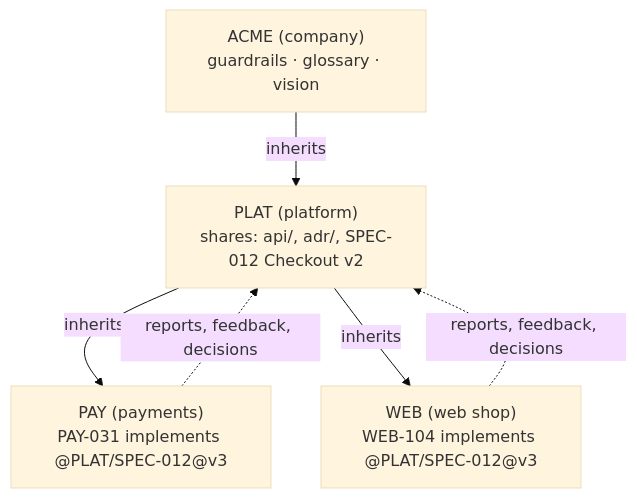
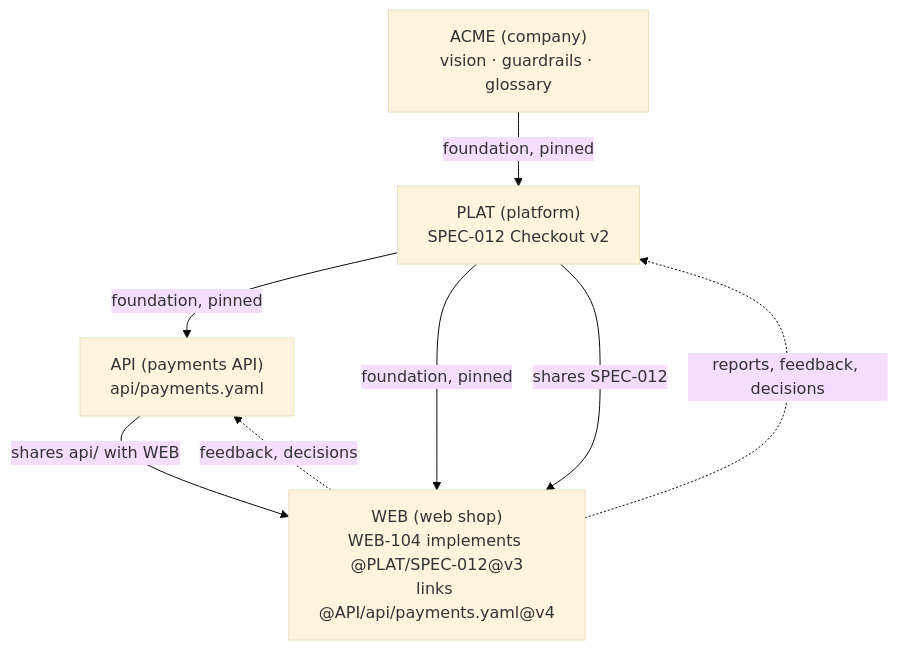
One commit to Kogoro/Garten changed the diagram in docs/SHARED-SPECS.md. Above: the diagram before and after it, drawn with Mermaid (base theme). The commit also changed other lines of this file, not shown here.

First line of the commit message:
Shared specs concept: sibling sharing, pinned versions, MCP-only access, layering of vision documents

````diff
--- a/docs/SHARED-SPECS.md
+++ b/docs/SHARED-SPECS.md
@@ -21,12 +22,14 @@
 ```mermaid
 flowchart TD
-  ORG["ACME (company)<br/>guardrails · glossary · vision"]
-  PLAT["PLAT (platform)<br/>shares: api/, adr/, SPEC-012 Checkout v2"]
-  PAY["PAY (payments)<br/>PAY-031 implements @PLAT/SPEC-012@v3"]
-  WEB["WEB (web shop)<br/>WEB-104 implements @PLAT/SPEC-012@v3"]
-  ORG -->|inherits| PLAT
-  PLAT -->|inherits| PAY
-  PLAT -->|inherits| WEB
-  PAY -. reports, feedback, decisions .-> PLAT
+  ORG["ACME (company)<br/>vision · guardrails · glossary"]
+  PLAT["PLAT (platform)<br/>SPEC-012 Checkout v2"]
+  API["API (payments API)<br/>api/payments.yaml"]
+  WEB["WEB (web shop)<br/>WEB-104 implements @PLAT/SPEC-012@v3<br/>links @API/api/payments.yaml@v4"]
+  ORG -->|foundation, pinned| PLAT
+  PLAT -->|foundation, pinned| API
+  PLAT -->|foundation, pinned| WEB
+  PLAT -->|shares SPEC-012| WEB
+  API -->|shares api/ with WEB| WEB
   WEB -. reports, feedback, decisions .-> PLAT
+  WEB -. feedback, decisions .-> API
 ```
````
